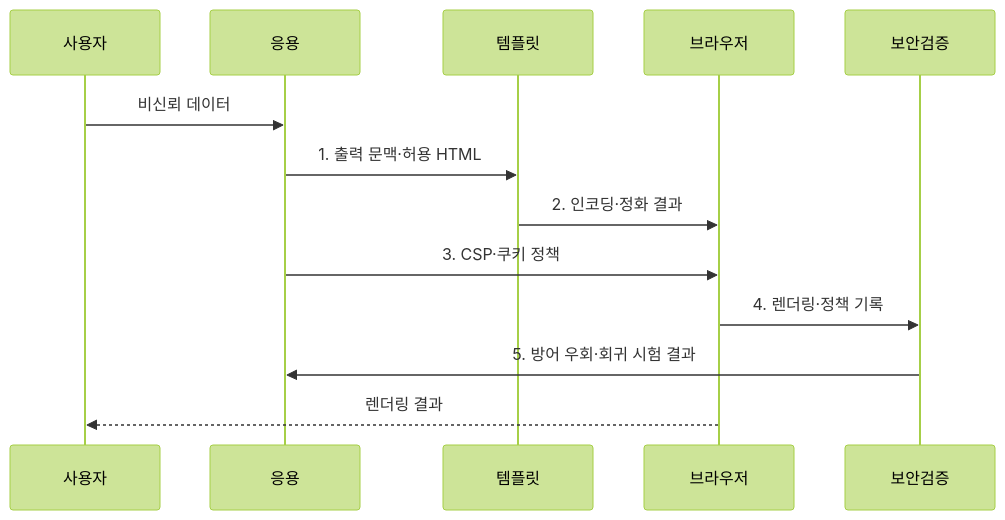
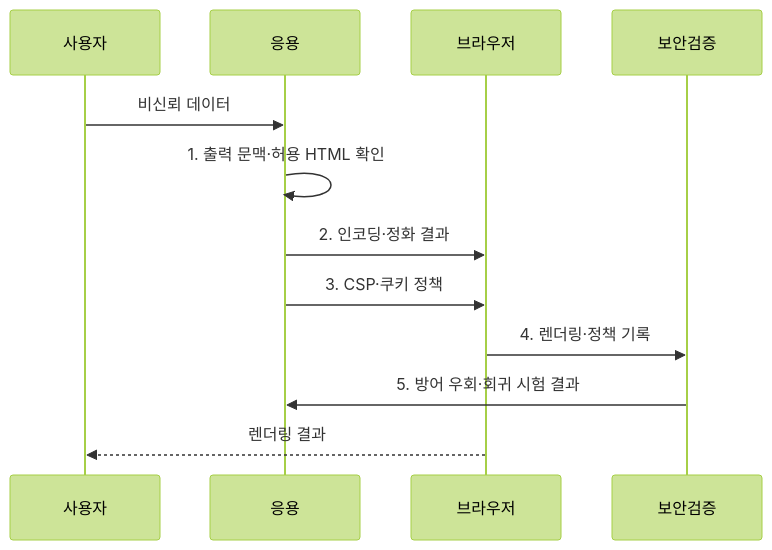
One commit to agnusdei1207/knowledge-base changed the second of 2 diagrams in src/content/docs/notes/05-security/047_xss.md. Above: the diagram before and after it, drawn with Mermaid (forest theme). The commit also changed other lines of this file and 8 other files, not shown here.

````diff
--- a/src/content/docs/notes/05-security/047_xss.md
+++ b/src/content/docs/notes/05-security/047_xss.md
@@ -101,15 +101,14 @@
 ```mermaid
 sequenceDiagram
     participant 사용자
     participant 응용
-    participant 템플릿
     participant 브라우저
     participant 보안검증
     사용자->>응용: 비신뢰 데이터
-    응용->>템플릿: 1. 출력 문맥·허용 HTML
-    템플릿->>브라우저: 2. 인코딩·정화 결과
+    응용->>응용: 1. 출력 문맥·허용 HTML 확인
+    응용->>브라우저: 2. 인코딩·정화 결과
     응용->>브라우저: 3. CSP·쿠키 정책
     브라우저->>보안검증: 4. 렌더링·정책 기록
     보안검증->>응용: 5. 방어 우회·회귀 시험 결과
     브라우저-->>사용자: 렌더링 결과
 ```
````
